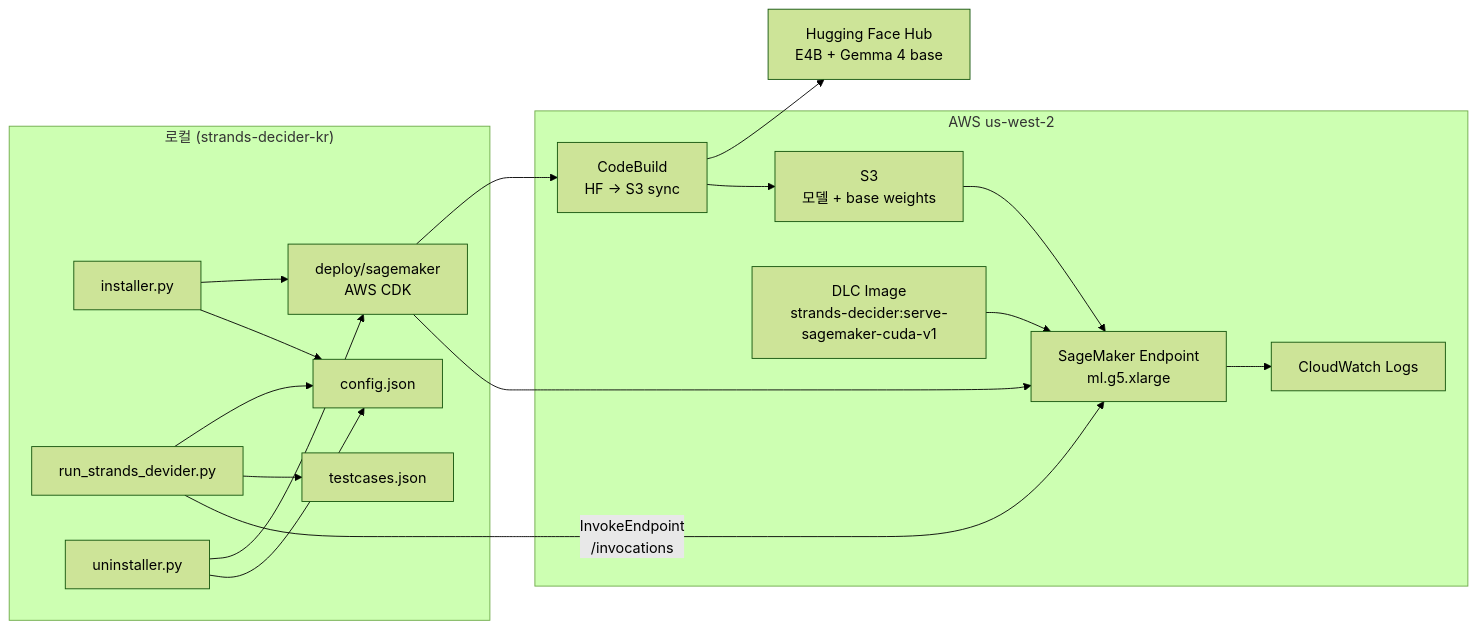
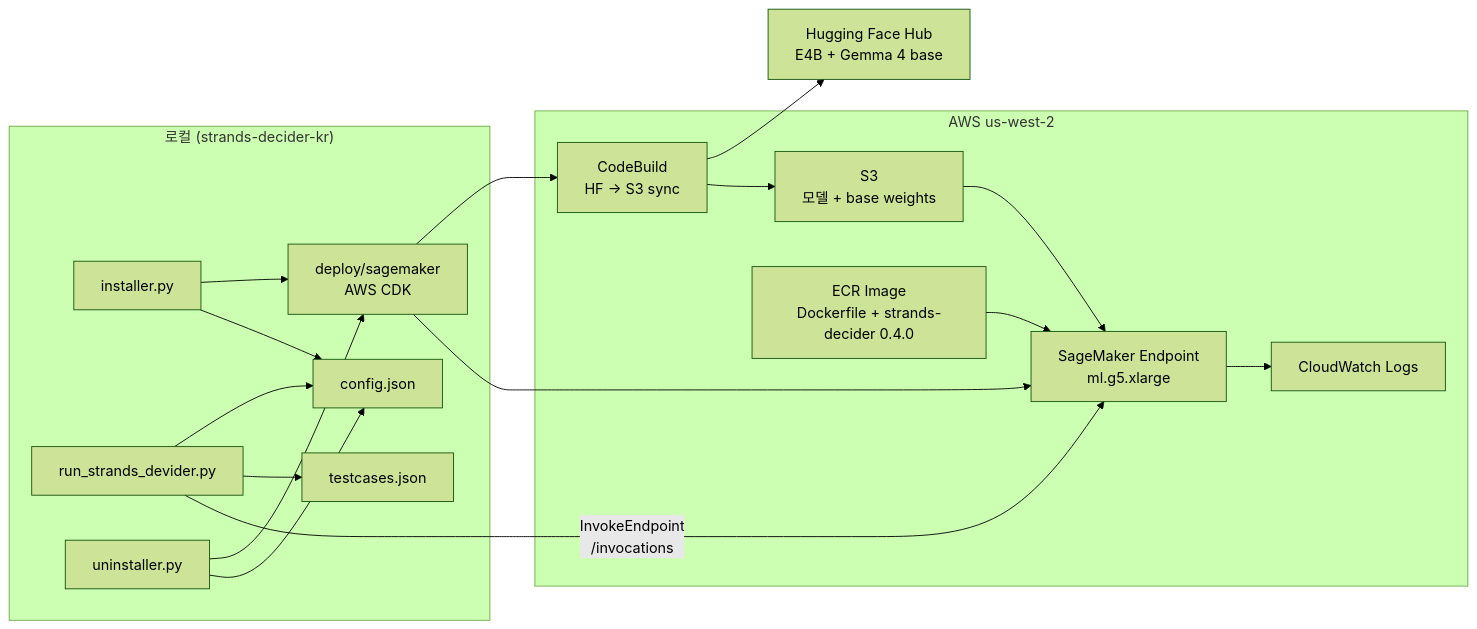
One commit to kyopark2014/strands-decider-kr changed the first of 2 diagrams in README.md. Above: the diagram before and after it, drawn with Mermaid (forest theme). The commit also changed other lines of this file and 6 other files, not shown here.

First line of the commit message:
Upgrade strands-decider-kr to Decider E4B Gemma 4 v2.

````diff
--- a/README.md
+++ b/README.md
@@ -54,36 +56,36 @@
 ```mermaid
 flowchart LR
   subgraph Local["로컬 (strands-decider-kr)"]
     INST["installer.py"]
     RUN["run_strands_devider.py"]
     UN["uninstaller.py"]
     CFG["config.json"]
     TC["testcases.json"]
     CDK["deploy/sagemaker<br/>AWS CDK"]
   end
 
   subgraph AWS["AWS us-west-2"]
     S3["S3<br/>모델 + base weights"]
     CB["CodeBuild<br/>HF → S3 sync"]
     SM["SageMaker Endpoint<br/>ml.g5.xlarge"]
-    DLC["DLC Image<br/>strands-decider:serve-sagemaker-cuda-v1"]
+    DLC["ECR Image<br/>Dockerfile + strands-decider 0.4.0"]
     CW["CloudWatch Logs"]
   end
 
   HF["Hugging Face Hub<br/>E4B + Gemma 4 base"]
 
   INST --> CDK
   CDK --> CB
   CB --> HF
   CB --> S3
   CDK --> SM
   S3 --> SM
   DLC --> SM
   SM --> CW
   INST --> CFG
   RUN --> CFG
   RUN --> TC
   RUN -->|"InvokeEndpoint<br/>/invocations"| SM
   UN --> CDK
   UN --> CFG
 ```
````
